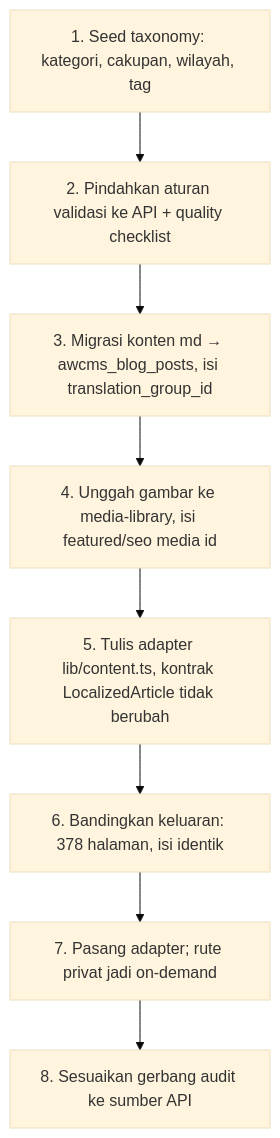
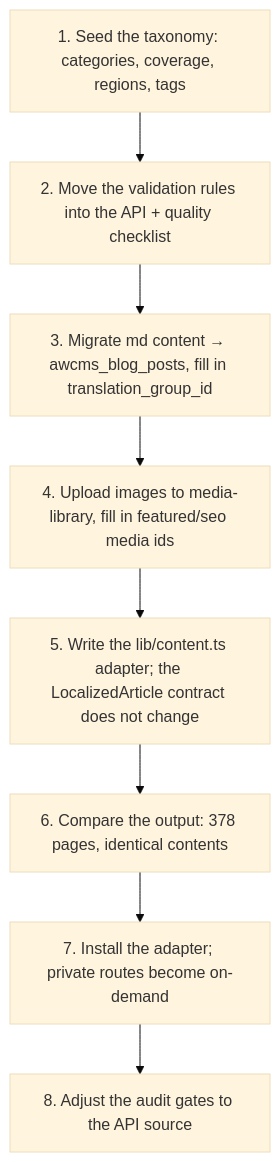
Before and after one commit to ahliweb/awcms-astro: the second of 2 diagrams in docs/awcms-astro/integrasi-awcms.md, drawn with Mermaid (base theme). The commit also changed other lines of this file and 26 other files, not shown here.

````diff
--- a/docs/awcms-astro/integrasi-awcms.md
+++ b/docs/awcms-astro/integrasi-awcms.md
@@ -207,10 +208,10 @@
 ```mermaid
 flowchart TD
-  A["1. Seed taxonomy: kategori, cakupan, wilayah, tag"] --> B["2. Pindahkan aturan validasi ke API + quality checklist"]
-  B --> C["3. Migrasi konten md → awcms_blog_posts, isi translation_group_id"]
-  C --> D["4. Unggah gambar ke media-library, isi featured/seo media id"]
-  D --> E["5. Tulis adapter lib/content.ts, kontrak LocalizedArticle tidak berubah"]
-  E --> F["6. Bandingkan keluaran: 378 halaman, isi identik"]
-  F --> G["7. Pasang adapter; rute privat jadi on-demand"]
-  G --> H["8. Sesuaikan gerbang audit ke sumber API"]
+  A["1. Seed the taxonomy: categories, coverage, regions, tags"] --> B["2. Move the validation rules into the API + quality checklist"]
+  B --> C["3. Migrate md content → awcms_blog_posts, fill in translation_group_id"]
+  C --> D["4. Upload images to media-library, fill in featured/seo media ids"]
+  D --> E["5. Write the lib/content.ts adapter; the LocalizedArticle contract does not change"]
+  E --> F["6. Compare the output: 378 pages, identical contents"]
+  F --> G["7. Install the adapter; private routes become on-demand"]
+  G --> H["8. Adjust the audit gates to the API source"]
 ```
````
